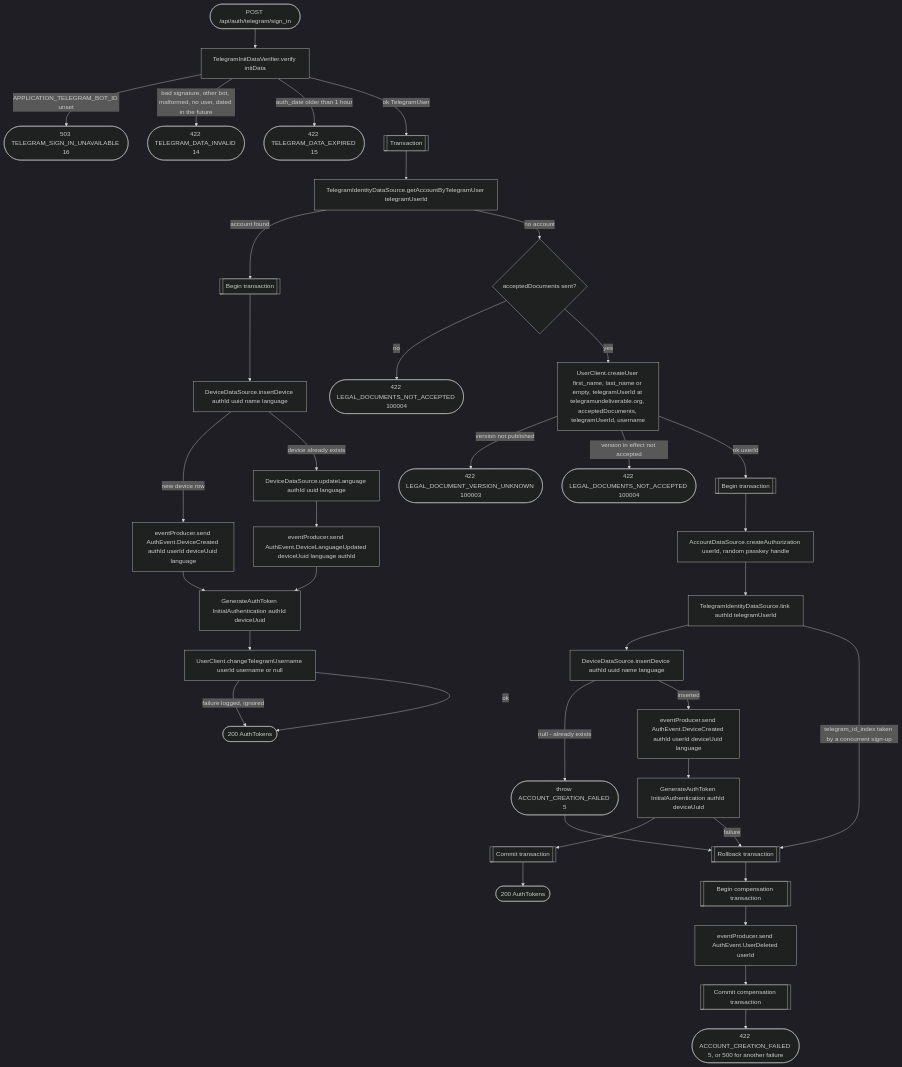
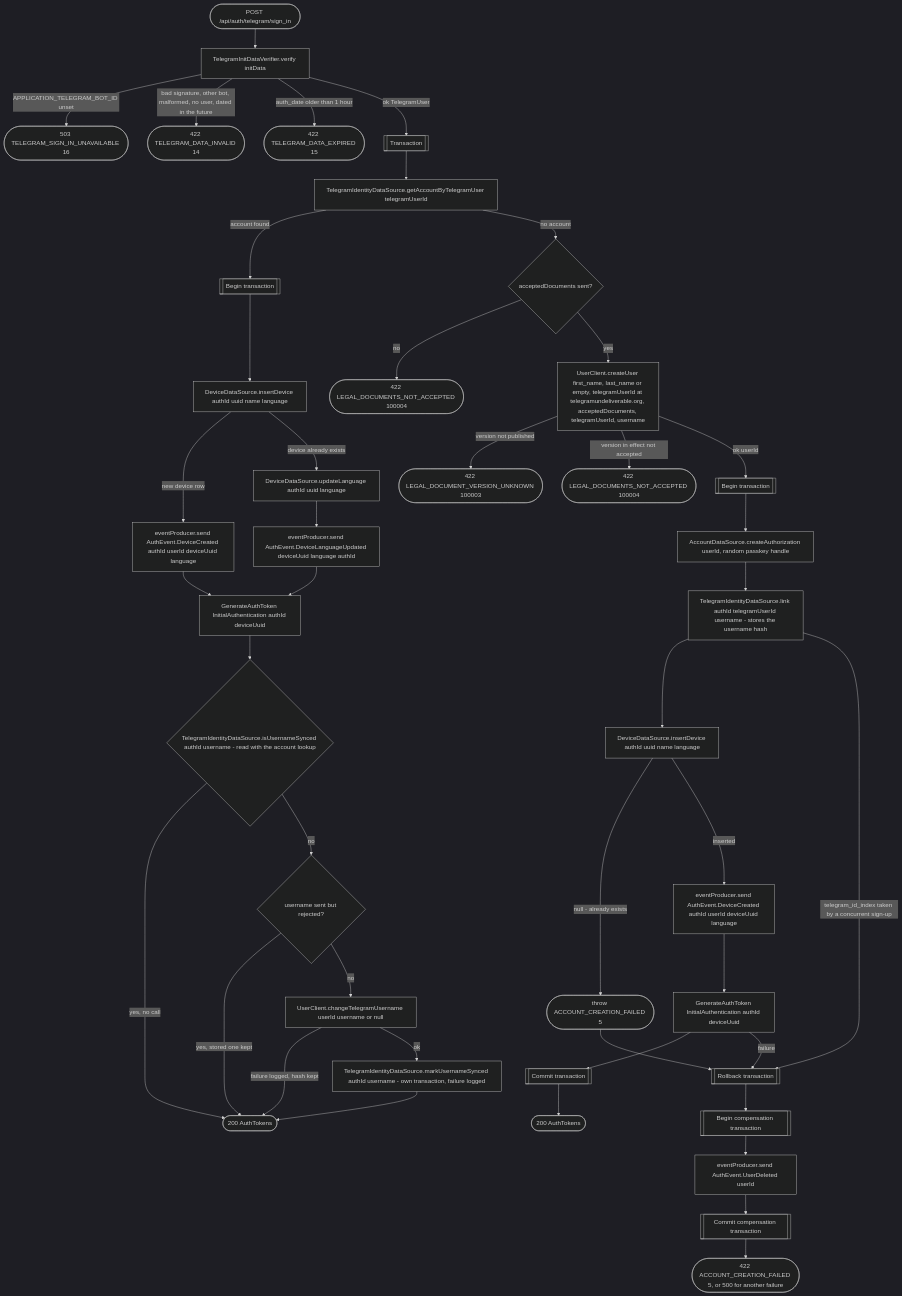
Before and after one commit to nocturneproperties/bookkme: the diagram in docs/operations/authorization/telegram-sign-in.md, drawn with Mermaid (dark theme). The commit also changed other lines of this file and 67 other files, not shown here.

````diff
--- a/docs/operations/authorization/telegram-sign-in.md
+++ b/docs/operations/authorization/telegram-sign-in.md
@@ -19,38 +27,43 @@
 ```mermaid
 flowchart TD
     Start([POST /api/auth/telegram/sign_in]) --> Verify[TelegramInitDataVerifier.verify initData]
     Verify -- APPLICATION_TELEGRAM_BOT_ID unset --> R503([503 TELEGRAM_SIGN_IN_UNAVAILABLE 16])
     Verify -- bad signature, other bot, malformed, no user, dated in the future --> R422a([422 TELEGRAM_DATA_INVALID 14])
     Verify -- auth_date older than 1 hour --> R422b([422 TELEGRAM_DATA_EXPIRED 15])
     Verify -- ok TelegramUser --> Find[[Transaction]] --> Lookup[TelegramIdentityDataSource.getAccountByTelegramUser telegramUserId]
     Lookup -- account found --> STx[[Begin transaction]]
     STx --> InsertDevice[DeviceDataSource.insertDevice authId uuid name language]
     InsertDevice -- new device row --> DeviceCreatedEvt[eventProducer.send AuthEvent.DeviceCreated authId userId deviceUuid language]
     InsertDevice -- device already exists --> UpdateLang[DeviceDataSource.updateLanguage authId uuid language]
     UpdateLang --> LangEvt[eventProducer.send AuthEvent.DeviceLanguageUpdated deviceUuid language authId]
     DeviceCreatedEvt --> GenToken[GenerateAuthToken InitialAuthentication authId deviceUuid]
     LangEvt --> GenToken
-    GenToken --> SyncName[UserClient.changeTelegramUsername userId username or null]
-    SyncName -- failure logged, ignored --> R200a([200 AuthTokens])
-    SyncName -- ok --> R200a
+    GenToken --> Synced{"TelegramIdentityDataSource.isUsernameSynced authId username - read with the account lookup"}
+    Synced -- yes, no call --> R200a([200 AuthTokens])
+    Synced -- no --> Rejected{"username sent but rejected?"}
+    Rejected -- yes, stored one kept --> R200a
+    Rejected -- no --> SyncName[UserClient.changeTelegramUsername userId username or null]
+    SyncName -- failure logged, hash kept --> R200a
+    SyncName -- ok --> Remember["TelegramIdentityDataSource.markUsernameSynced authId username - own transaction, failure logged"]
+    Remember --> R200a
     Lookup -- no account --> Docs{acceptedDocuments sent?}
     Docs -- no --> R422f([422 LEGAL_DOCUMENTS_NOT_ACCEPTED 100004])
     Docs -- yes --> CreateUser[UserClient.createUser first_name, last_name or empty, telegramUserId at telegramundeliverable.org, acceptedDocuments, telegramUserId, username]
     CreateUser -- version not published --> R422c([422 LEGAL_DOCUMENT_VERSION_UNKNOWN 100003])
     CreateUser -- version in effect not accepted --> R422d([422 LEGAL_DOCUMENTS_NOT_ACCEPTED 100004])
     CreateUser -- ok userId --> Tx[[Begin transaction]]
     Tx --> CreateAuth[AccountDataSource.createAuthorization userId, random passkey handle]
-    CreateAuth --> Link[TelegramIdentityDataSource.link authId telegramUserId]
+    CreateAuth --> Link[TelegramIdentityDataSource.link authId telegramUserId username - stores the username hash]
     Link --> NewDevice[DeviceDataSource.insertDevice authId uuid name language]
     NewDevice -- null - already exists --> Fail([throw ACCOUNT_CREATION_FAILED 5])
     NewDevice -- inserted --> NewDeviceEvt[eventProducer.send AuthEvent.DeviceCreated authId userId deviceUuid language]
     NewDeviceEvt --> NewToken[GenerateAuthToken InitialAuthentication authId deviceUuid]
     NewToken --> TxEnd[[Commit transaction]] --> R200b([200 AuthTokens])
     Link -- telegram_id_index taken by a concurrent sign-up --> Rollback
     NewToken -- failure --> Rollback
     Fail --> Rollback[[Rollback transaction]]
     Rollback --> CompTx[[Begin compensation transaction]]
     CompTx --> Compensate[eventProducer.send AuthEvent.UserDeleted userId]
     Compensate --> CompEnd[[Commit compensation transaction]]
     CompEnd --> R422e([422 ACCOUNT_CREATION_FAILED 5, or 500 for another failure])
 ```
````
